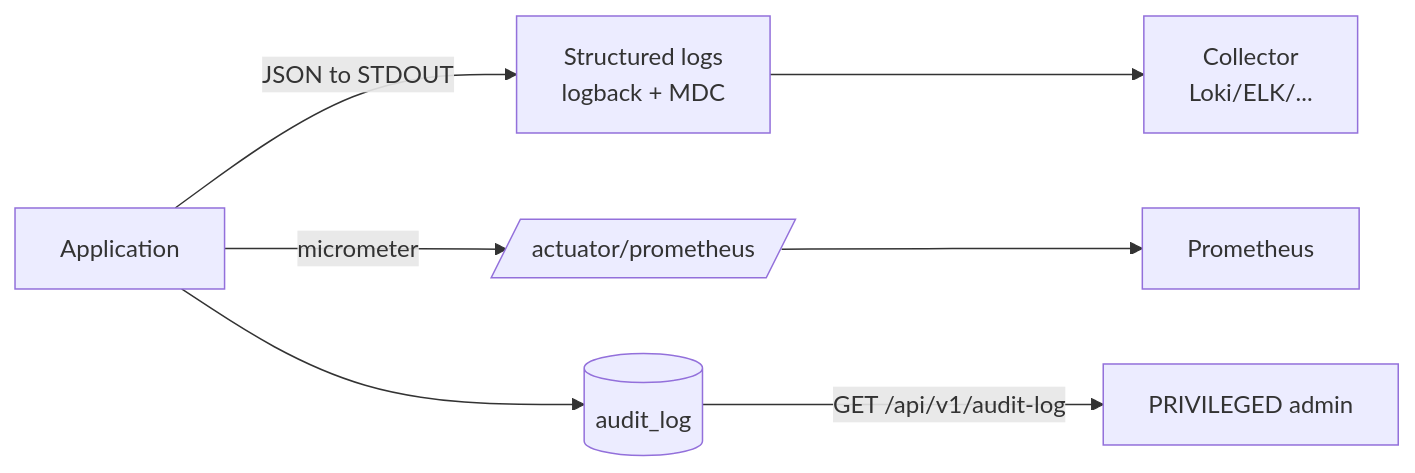
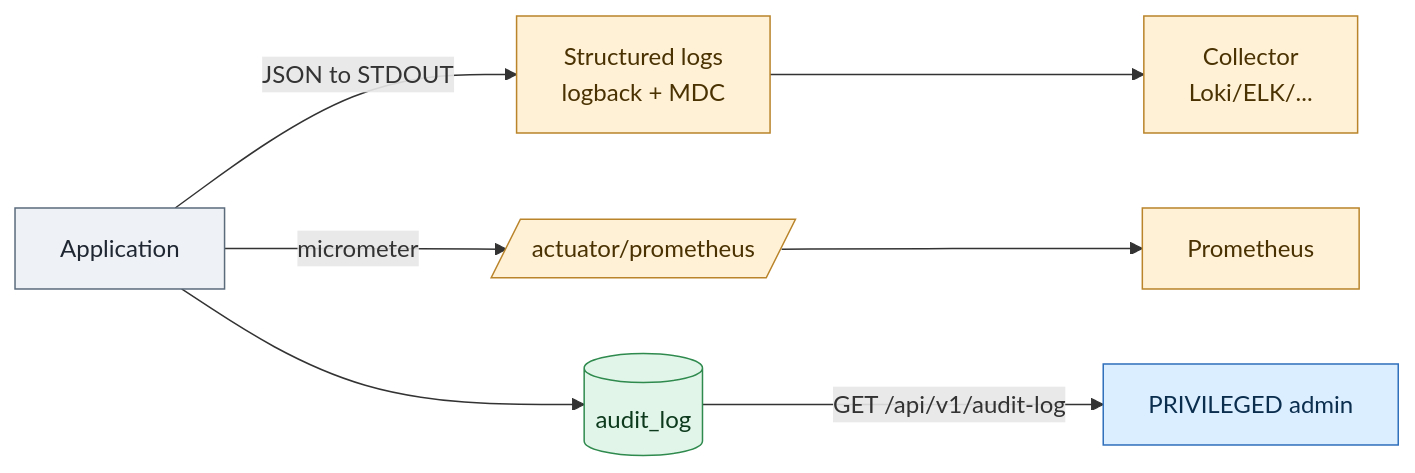
One commit to toresoft/sign-verify changed the first of 2 diagrams in docs/en/07-logging-audit.md. Above: the diagram before and after it, drawn with Mermaid. The commit also changed other lines of this file and 23 other files, not shown here.

First line of the commit message:
docs: expand EN/IT guides with glossary and component-map diagram

````diff
--- a/docs/en/07-logging-audit.md
+++ b/docs/en/07-logging-audit.md
@@ -9,9 +9,18 @@
 ```mermaid
 flowchart LR
     APP[Application] -->|JSON to STDOUT| LOG[Structured logs\nlogback + MDC]
     APP -->|micrometer| MET[/actuator/prometheus/]
     APP --> DB[(audit_log)]
     DB -->|GET /api/v1/audit-log| ADM[PRIVILEGED admin]
     LOG --> COLL[Collector\nLoki/ELK/...]
     MET --> PROM[Prometheus]
+
+    classDef app fill:#eef1f5,stroke:#5b6b7c,color:#1f2733
+    classDef store fill:#e1f5e9,stroke:#2f8a4e,color:#0d3a1d
+    classDef client fill:#dbeeff,stroke:#2f6fbb,color:#0b2e4f
+    classDef external fill:#fff1d6,stroke:#b9842a,color:#4a3203
+    class APP app
+    class DB store
+    class ADM client
+    class LOG,MET,COLL,PROM external
 ```
````
